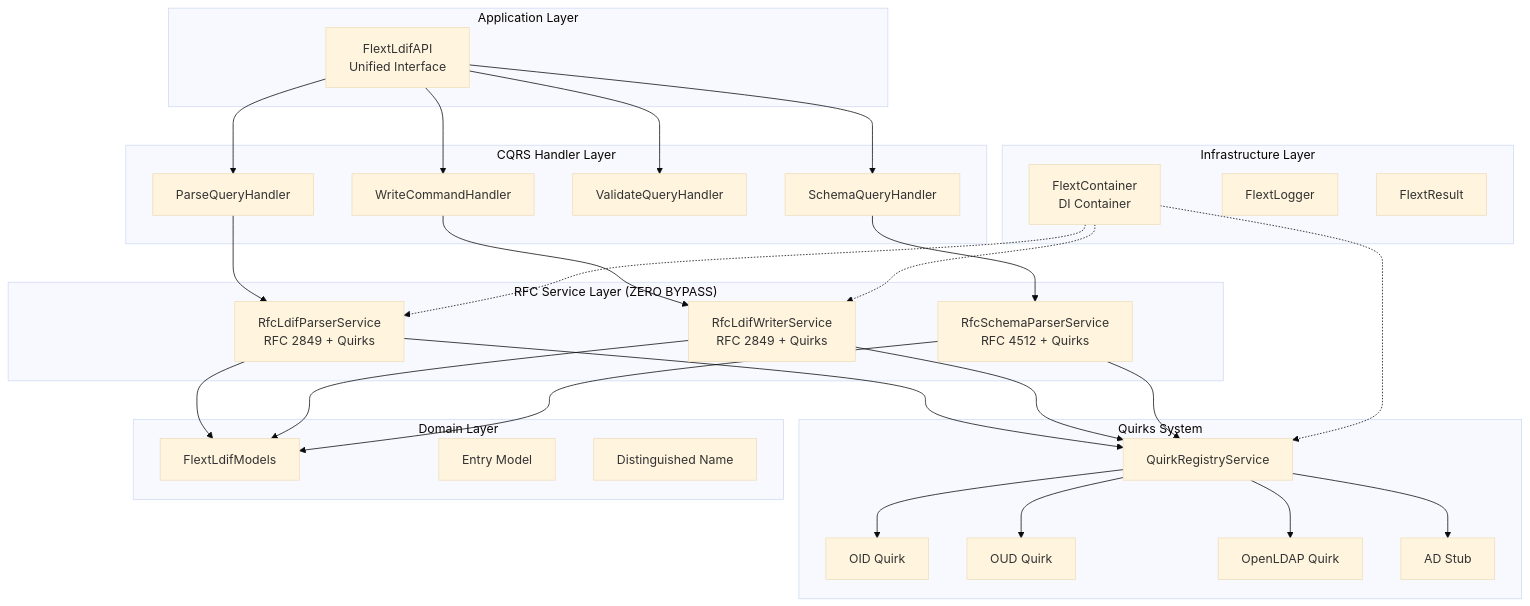
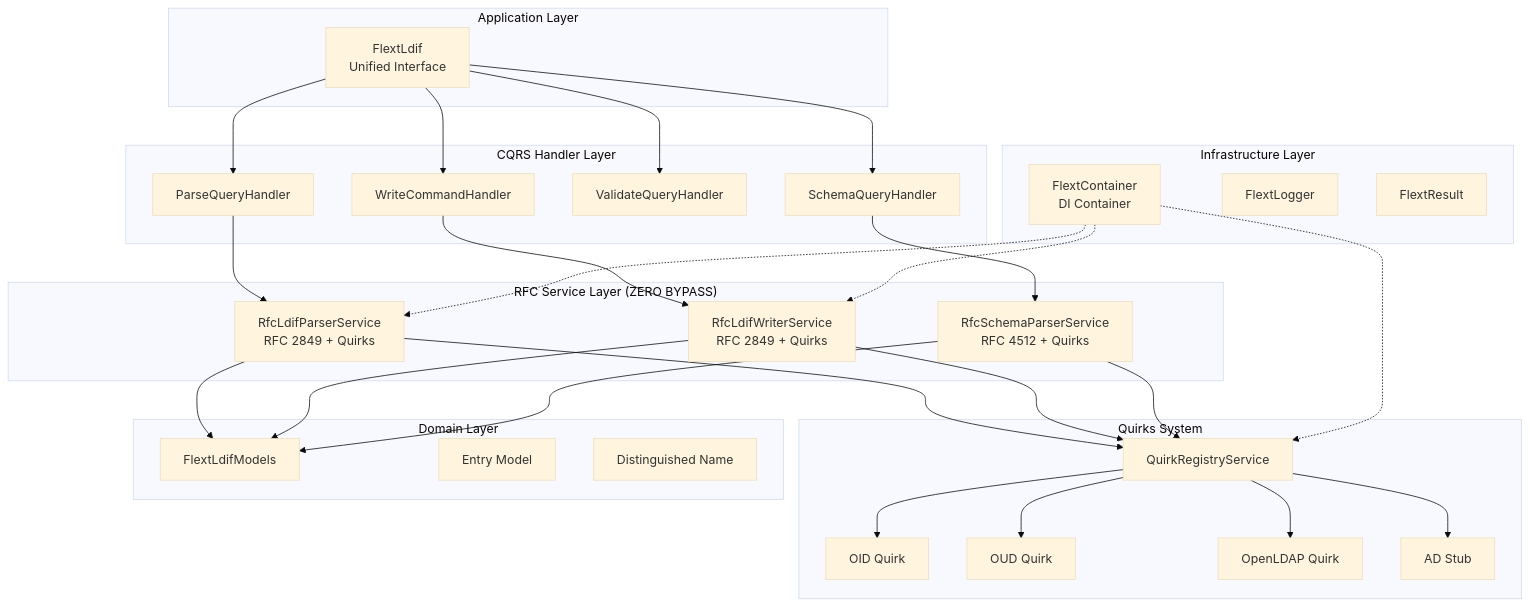
One commit to flext-sh/flext-ldif changed the first of 4 diagrams in docs/architecture.md. Above: the diagram before and after it, drawn with Mermaid (base theme). The commit also changed other lines of this file and 56 other files, not shown here.

````diff
--- a/docs/architecture.md
+++ b/docs/architecture.md
@@ -67,65 +67,65 @@
 ```mermaid
 graph TB
     subgraph "Application Layer"
-        API[FlextLdifAPI<br/>Unified Interface]
+        API[FlextLdif<br/>Unified Interface]
     end
 
     subgraph "CQRS Handler Layer"
         ParseHandler[ParseQueryHandler]
         WriteHandler[WriteCommandHandler]
         ValidateHandler[ValidateQueryHandler]
         SchemaHandler[SchemaQueryHandler]
     end
 
     subgraph "RFC Service Layer (ZERO BYPASS)"
         RfcParser[RfcLdifParserService<br/>RFC 2849 + Quirks]
         RfcWriter[RfcLdifWriterService<br/>RFC 2849 + Quirks]
         RfcSchemaParser[RfcSchemaParserService<br/>RFC 4512 + Quirks]
     end
 
     subgraph "Quirks System"
         Registry[QuirkRegistryService]
         OIDQuirk[OID Quirk]
         OUDQuirk[OUD Quirk]
         OpenLDAPQuirk[OpenLDAP Quirk]
         ADStub[AD Stub]
     end
 
     subgraph "Domain Layer"
         Models[FlextLdifModels]
         Entry[Entry Model]
         DN[Distinguished Name]
     end
 
     subgraph "Infrastructure Layer"
         Container[FlextContainer<br/>DI Container]
         Logger[FlextLogger]
         Result[FlextResult]
     end
 
     API --> ParseHandler
     API --> WriteHandler
     API --> ValidateHandler
     API --> SchemaHandler
 
     ParseHandler --> RfcParser
     WriteHandler --> RfcWriter
     SchemaHandler --> RfcSchemaParser
 
     RfcParser --> Registry
     RfcWriter --> Registry
     RfcSchemaParser --> Registry
 
     Registry --> OIDQuirk
     Registry --> OUDQuirk
     Registry --> OpenLDAPQuirk
     Registry --> ADStub
 
     RfcParser --> Models
     RfcWriter --> Models
     RfcSchemaParser --> Models
 
     Container -.-> RfcParser
     Container -.-> RfcWriter
     Container -.-> Registry
 ```
````
